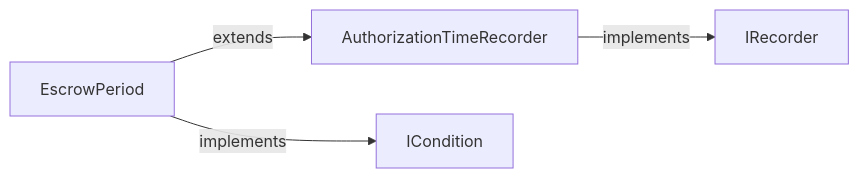
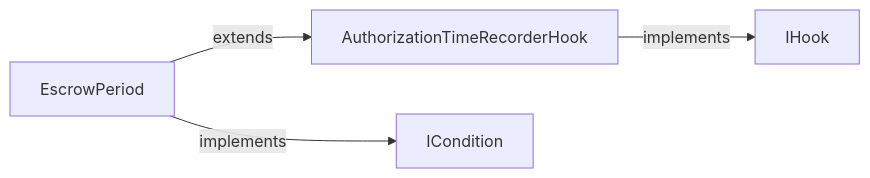
One commit to BackTrackCo/docs changed the diagram in contracts/conditions/escrow-period.mdx. Above: the diagram before and after it, drawn with Mermaid. The commit also changed other lines of this file and 78 other files, not shown here.

````diff
--- a/contracts/conditions/escrow-period.mdx
+++ b/contracts/conditions/escrow-period.mdx
@@ -20,6 +20,6 @@
 ```mermaid
 flowchart LR
-    EP[EscrowPeriod] -->|extends| ATR[AuthorizationTimeRecorder]
+    EP[EscrowPeriod] -->|extends| ATR[AuthorizationTimeRecorderHook]
     EP -->|implements| IC[ICondition]
-    ATR -->|implements| IR[IRecorder]
+    ATR -->|implements| IR[IHook]
 ```
````
